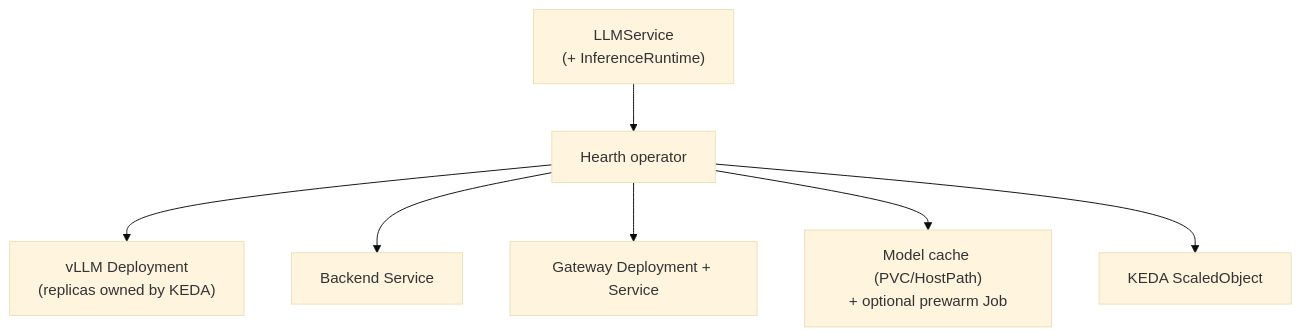
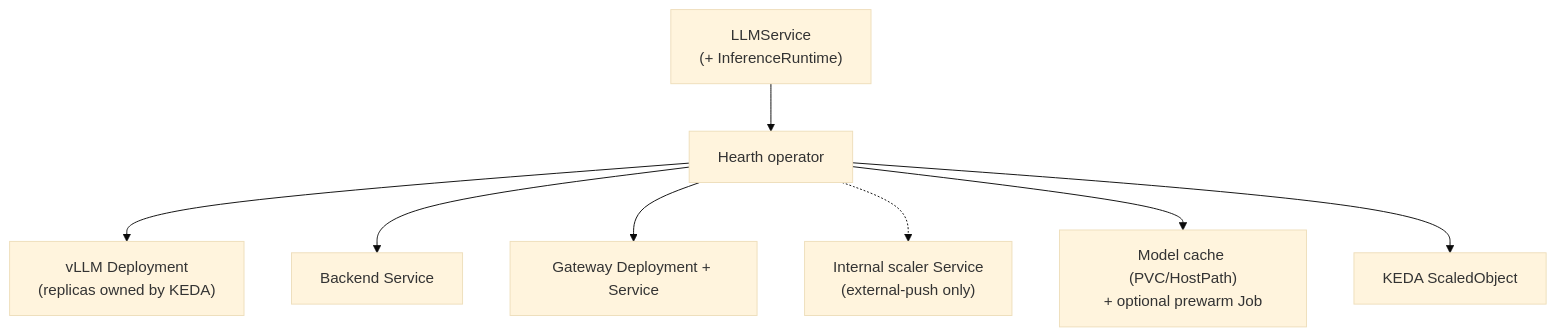
One commit to hearth-project/hearth changed the first of 2 diagrams in docs/architecture.md. Above: the diagram before and after it, drawn with Mermaid (base theme). The commit also changed other lines of this file and 29 other files, not shown here.

Commit message:
feat(gateway): add KEDA external-push activation

````diff
--- a/docs/architecture.md
+++ b/docs/architecture.md
@@ -50,9 +51,10 @@
 ```mermaid
 flowchart TD
   llm["LLMService<br/>(+ InferenceRuntime)"] --> op["Hearth operator"]
   op --> dep["vLLM Deployment<br/>(replicas owned by KEDA)"]
   op --> bsvc["Backend Service"]
   op --> gwd["Gateway Deployment + Service"]
+  op -.-> scaler["Internal scaler Service<br/>(external-push only)"]
   op --> cache["Model cache (PVC/HostPath)<br/>+ optional prewarm Job"]
   op --> so["KEDA ScaledObject"]
 ```
````
